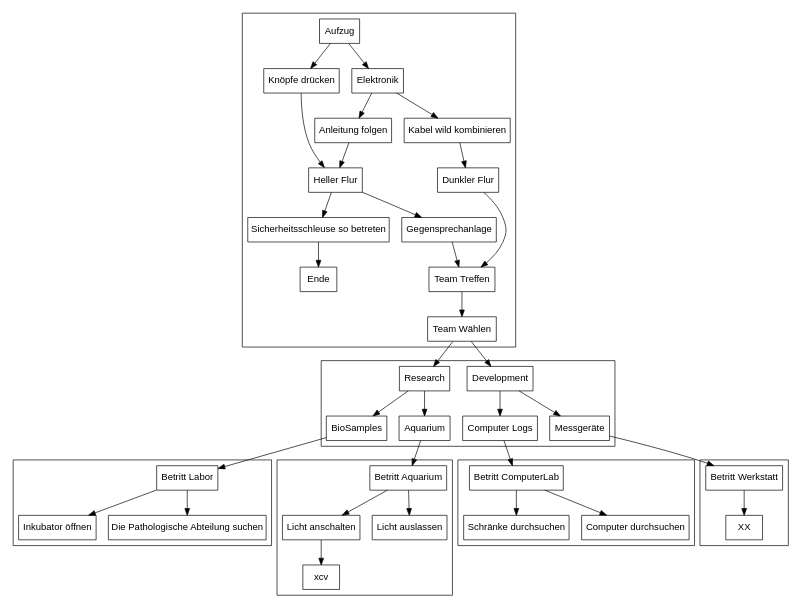
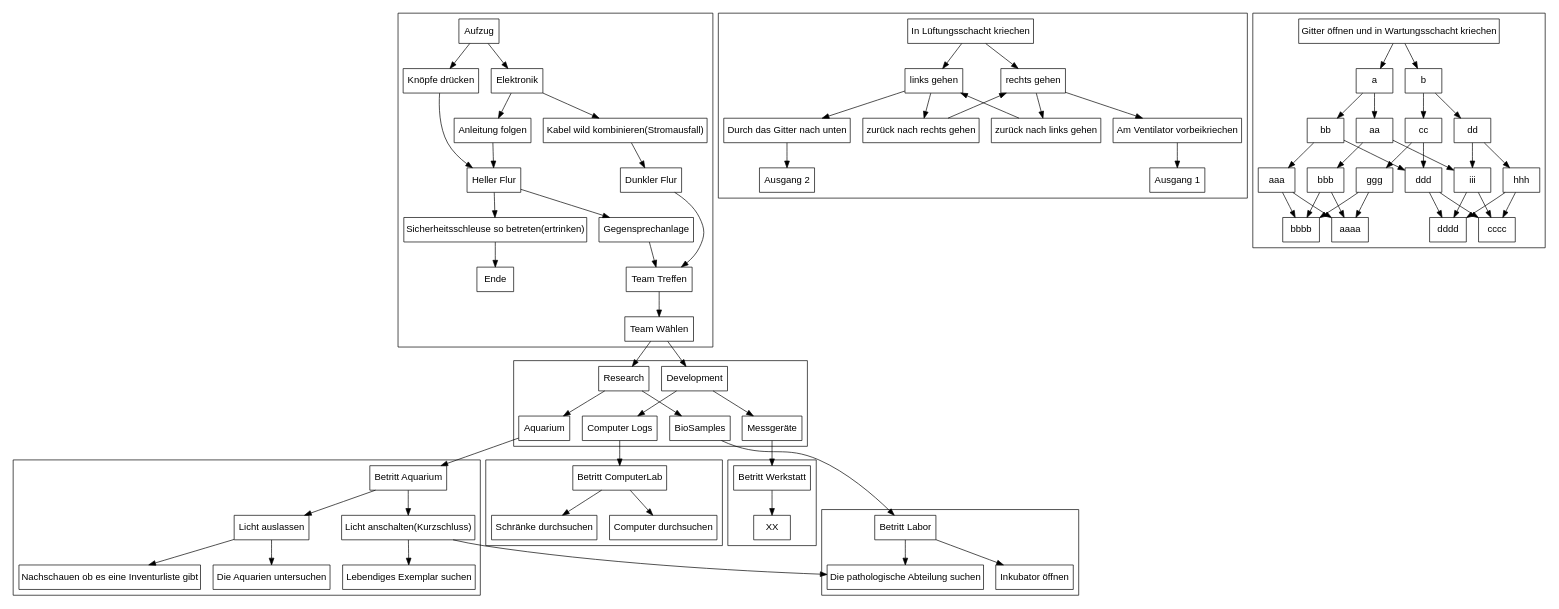
One commit to AWachtendorf/ChooseYourPath changed the diagram in Assets/Resources/Jsons/story.dot. Above: the diagram before and after it, drawn with Graphviz. The commit also changed 1 other file, not shown here.

```diff
--- a/Assets/Resources/Jsons/story.dot
+++ b/Assets/Resources/Jsons/story.dot
@@ -1,43 +1,77 @@
 digraph L {
   node [shape=record fontname=Arial];
 
 subgraph cluster_Anfang{
 "Aufzug" -> {"Knöpfe drücken"  "Elektronik"} 
-"Elektronik" -> {"Kabel wild kombinieren" "Anleitung folgen"}
-"Kabel wild kombinieren" -> "Dunkler Flur"
+"Elektronik" -> {"Kabel wild kombinieren(Stromausfall)" "Anleitung folgen"}
+"Kabel wild kombinieren(Stromausfall)" -> "Dunkler Flur"
 {"Knöpfe drücken" "Anleitung folgen"} 
--> "Heller Flur" -> {"Sicherheitsschleuse so betreten" "Gegensprechanlage"}
-"Sicherheitsschleuse so betreten" -> "Ende"
+-> "Heller Flur" -> {"Sicherheitsschleuse so betreten(ertrinken)" "Gegensprechanlage"}
+"Sicherheitsschleuse so betreten(ertrinken)" -> "Ende"
 {"Gegensprechanlage" "Dunkler Flur"} -> "Team Treffen" -> "Team Wählen"
 }
 
 subgraph cluster_Team{
 "Team Wählen" -> {"Research" "Development"}
 "Research" -> {"BioSamples" "Aquarium"}
 "Development" -> {"Computer Logs" "Messgeräte"}
 }
 
 "Computer Logs" -> "Betritt ComputerLab"
 "Aquarium" -> "Betritt Aquarium"
 "BioSamples" -> "Betritt Labor"
 "Messgeräte" -> "Betritt Werkstatt"
 
 
 subgraph cluster_Research{
 "Betritt ComputerLab" -> {"Schränke durchsuchen" "Computer durchsuchen"}
 }
 
 subgraph cluster_Development{
 "Betritt Werkstatt" -> "XX"
 }
 
 subgraph cluster_BioSamples{
-"Betritt Labor" -> {"Inkubator öffnen" "Die Pathologische Abteilung suchen"}
+"Betritt Labor" -> {"Inkubator öffnen", "Die pathologische Abteilung suchen"}
 }
 
 subgraph cluster_Aquarium{
-"Betritt Aquarium" -> {"Licht anschalten" "Licht auslassen"}
-"Licht anschalten" -> "xcv"
+"Betritt Aquarium" -> {"Licht anschalten(Kurzschluss)" "Licht auslassen"}
+"Licht anschalten(Kurzschluss)" -> {"Lebendiges Exemplar suchen","Die pathologische Abteilung suchen"}
+"Licht auslassen" -> {"Die Aquarien untersuchen","Nachschauen ob es eine Inventurliste gibt"}
+}
+
+subgraph cluster_Lüftungsschacht{
+
+rank = same; "links gehen"; "rechts gehen"; 
+
+"In Lüftungsschacht kriechen" -> {"links gehen" "rechts gehen"}
+
+"rechts gehen"-> {"Am Ventilator vorbeikriechen"  "zurück nach links gehen"}
+"links gehen" -> {"Durch das Gitter nach unten"  "zurück nach rechts gehen"} 
+
+"zurück nach links gehen"->"links gehen"
+"zurück nach rechts gehen" ->"rechts gehen"
+
+"Am Ventilator vorbeikriechen" -> "Ausgang 1"
+"Durch das Gitter nach unten" -> "Ausgang 2"
+}
+
+
+subgraph cluster_Wartungsschacht{
+"Gitter öffnen und in Wartungsschacht kriechen" -> {"a","b"}
+"a"->{"aa","bb"}
+"b"->{"cc","dd"}
+
+"aa"->{"iii","bbb"}
+"bb"->{"aaa","ddd"}
+
+"cc"->{"ddd","ggg"}
+"dd"->{"hhh","iii"}
+
+{"aaa","bbb","ggg"}->{"aaaa","bbbb"}
+{"iii","hhh","ddd"}->{"cccc","dddd"}
+
 }
 
 } 
```
